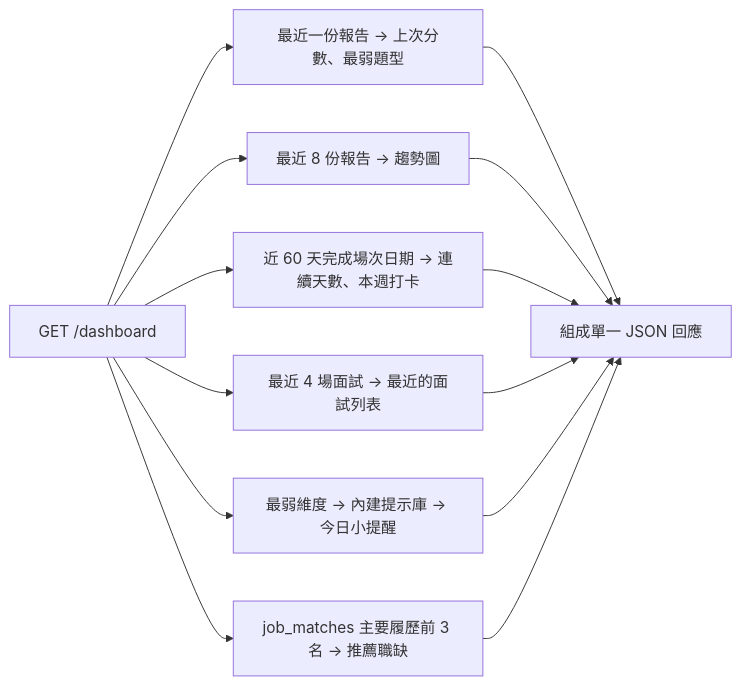
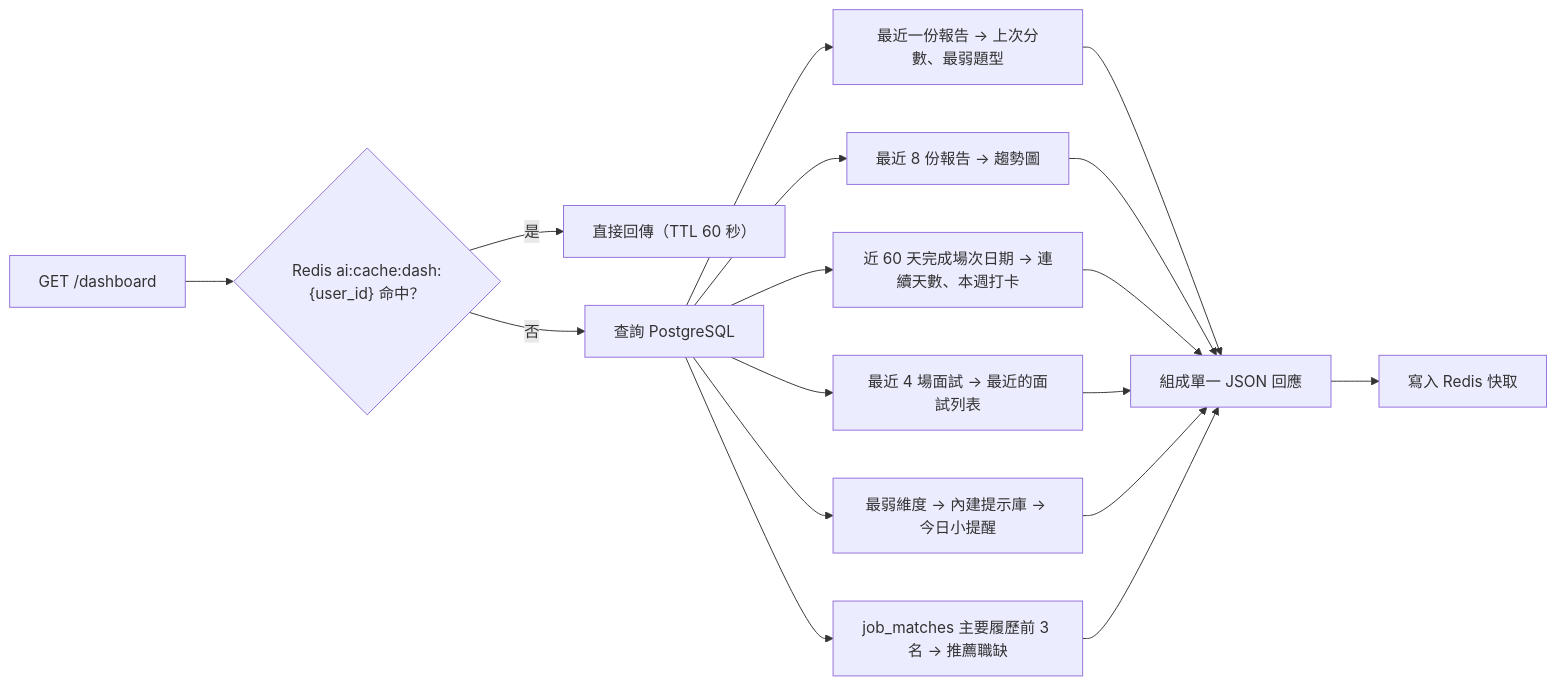
One commit to WilliamTsai1227/AI_Interview changed diagram 23 of 28 in spec/flows.md. Above: the diagram before and after it, drawn with Mermaid. The commit also changed other lines of this file and 3 other files, not shown here.

````diff
--- a/spec/flows.md
+++ b/spec/flows.md
@@ -690,10 +712,14 @@
 ```mermaid
 flowchart LR
-    A["GET /dashboard"] --> B["最近一份報告 → 上次分數、最弱題型"]
+    A0["GET /dashboard"] --> A1{"Redis ai:cache:dash:{user_id} 命中？"}
+    A1 -- 是 --> Z["直接回傳（TTL 60 秒）"]
+    A1 -- 否 --> A["查詢 PostgreSQL"]
+    A --> B["最近一份報告 → 上次分數、最弱題型"]
     A --> C["最近 8 份報告 → 趨勢圖"]
     A --> D["近 60 天完成場次日期 → 連續天數、本週打卡"]
     A --> E["最近 4 場面試 → 最近的面試列表"]
     A --> F["最弱維度 → 內建提示庫 → 今日小提醒"]
     A --> G["job_matches 主要履歷前 3 名 → 推薦職缺"]
     B & C & D & E & F & G --> H["組成單一 JSON 回應"]
+    H --> H1["寫入 Redis 快取"]
 ```
````
